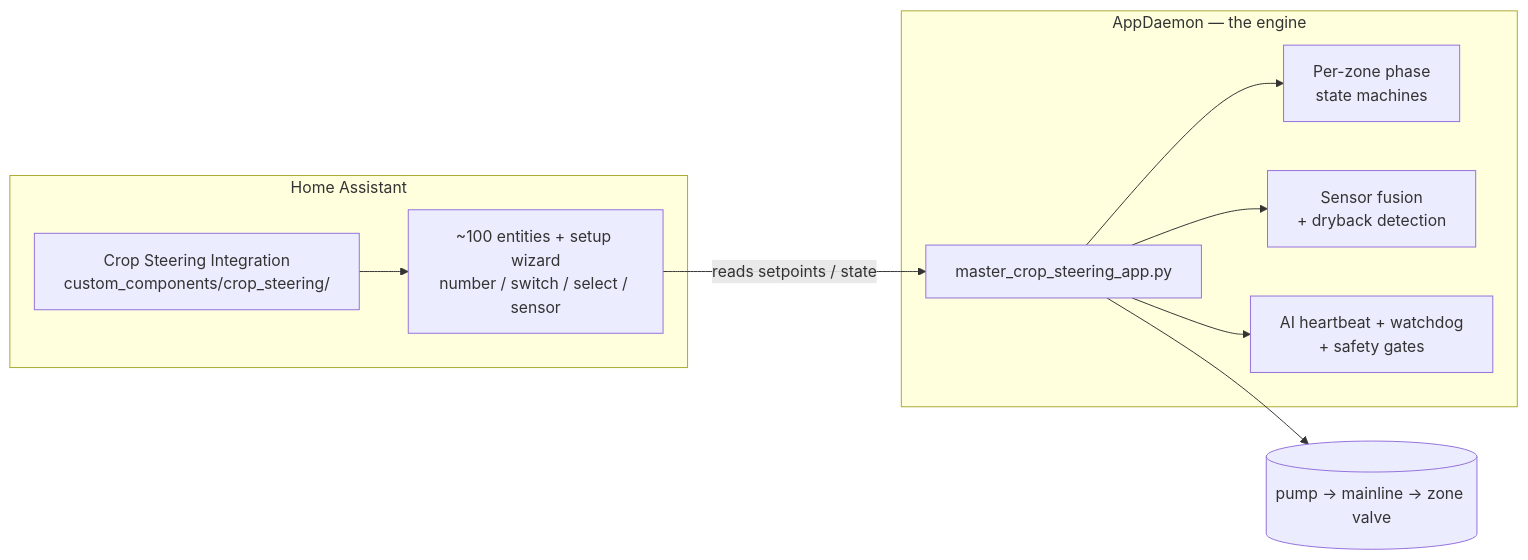
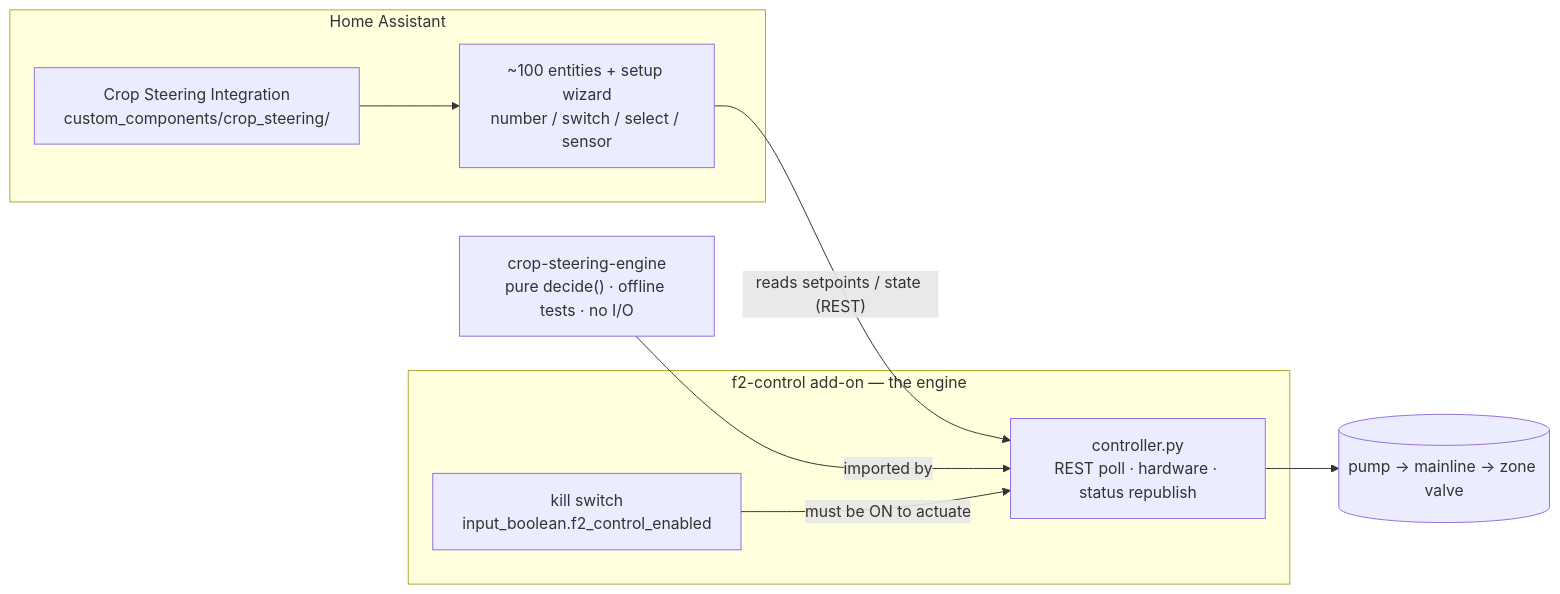
One commit to JakeTheRabbit/HA-Irrigation-Strategy changed the second of 3 diagrams in README.md. Above: the diagram before and after it, drawn with Mermaid. The commit also changed other lines of this file and 25 other files, not shown here.

First line of the commit message:
feat: f2-control add-on + crop-steering-engine monorepo, mobile overview, dashboard perf, PII scrub (2.4.0)

````diff
--- a/README.md
+++ b/README.md
@@ -113,21 +114,19 @@
 ```mermaid
 flowchart LR
   subgraph HA[Home Assistant]
     I["Crop Steering Integration\ncustom_components/crop_steering/"]
     E["~100 entities + setup wizard\nnumber / switch / select / sensor"]
   end
   I --> E
 
-  subgraph AD["AppDaemon — the engine"]
-    M["master_crop_steering_app.py"]
-    SM["Per-zone phase\nstate machines"]
-    FU["Sensor fusion\n+ dryback detection"]
-    SAFE["AI heartbeat + watchdog\n+ safety gates"]
+  subgraph ADDON["f2-control add-on — the engine"]
+    C["controller.py\nREST poll · hardware · status republish"]
+    K["kill switch\ninput_boolean.f2_control_enabled"]
   end
+  ENG["crop-steering-engine\npure decide() · offline tests · no I/O"]
 
-  E -- "reads setpoints / state" --> M
-  M --> SM
-  M --> FU
-  M --> SAFE
-  M --> HW[("pump → mainline → zone valve")]
+  E -- "reads setpoints / state (REST)" --> C
+  ENG -- "imported by" --> C
+  K -- "must be ON to actuate" --> C
+  C --> HW[("pump → mainline → zone valve")]
 ```
````
